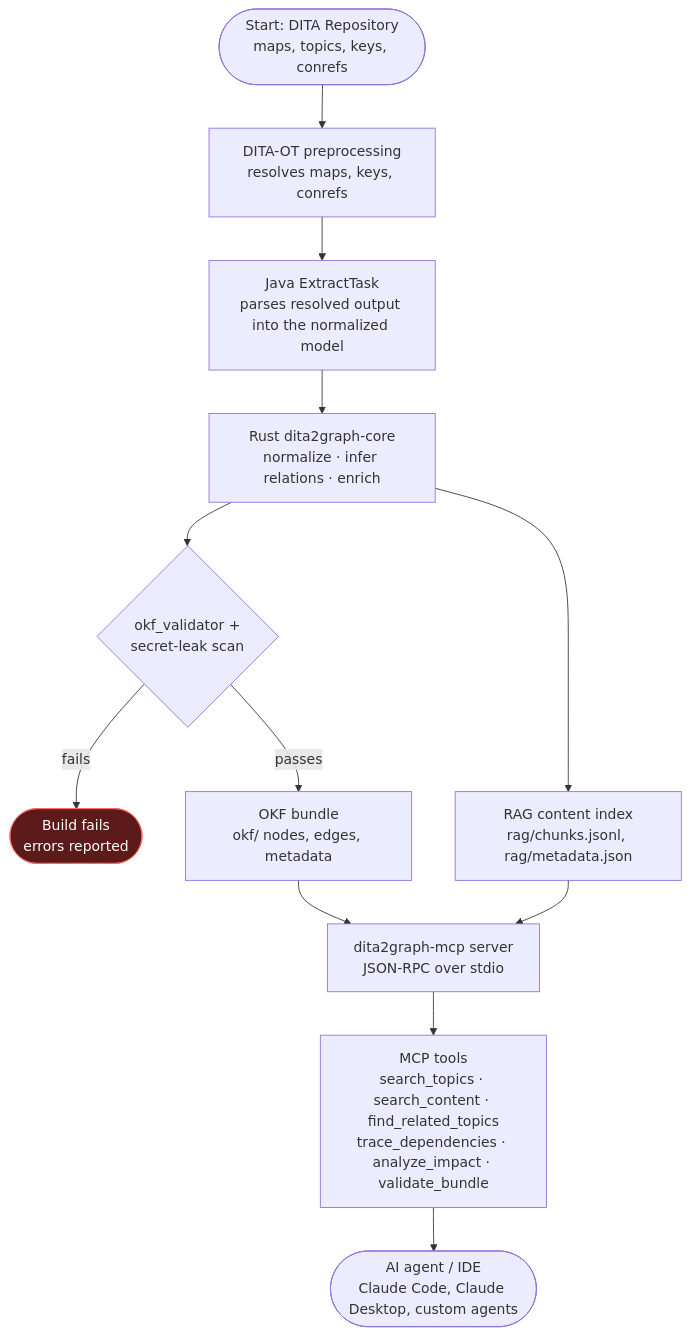
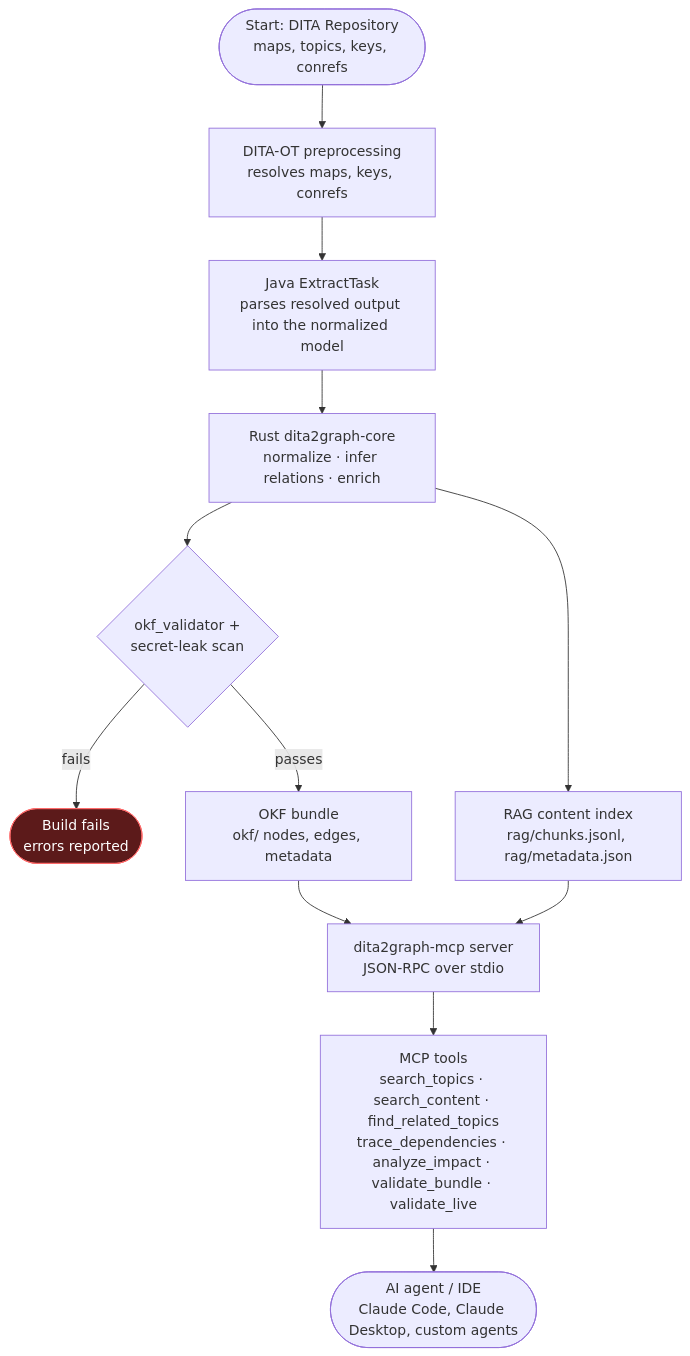
One commit to jyjeanne/DITA2Graph changed the diagram in README.md. Above: the diagram before and after it, drawn with Mermaid. The commit also changed other lines of this file and 337 other files, not shown here.

````diff
--- a/README.md
+++ b/README.md
@@ -74,16 +74,16 @@
 ```mermaid
 flowchart TD
     A([Start: DITA Repository<br/>maps, topics, keys, conrefs]) --> B["DITA-OT preprocessing<br/>resolves maps, keys, conrefs"]
     B --> C["Java ExtractTask<br/>parses resolved output into the normalized model"]
     C --> D["Rust dita2graph-core<br/>normalize · infer relations · enrich"]
     D --> E{"okf_validator +<br/>secret-leak scan"}
     E -- fails --> F([Build fails<br/>errors reported]):::fail
     E -- passes --> G["OKF bundle<br/>okf/ nodes, edges, metadata"]
     D --> H["RAG content index<br/>rag/chunks.jsonl, rag/metadata.json"]
     G --> I["dita2graph-mcp server<br/>JSON-RPC over stdio"]
     H --> I
-    I --> J["MCP tools<br/>search_topics · search_content · find_related_topics<br/>trace_dependencies · analyze_impact · validate_bundle"]
+    I --> J["MCP tools<br/>search_topics · search_content · find_related_topics<br/>trace_dependencies · analyze_impact · validate_bundle · validate_live"]
     J --> K([AI agent / IDE<br/>Claude Code, Claude Desktop, custom agents])
 
     classDef fail fill:#5c1a1a,stroke:#ff6b6b,color:#fff
 ```
````
